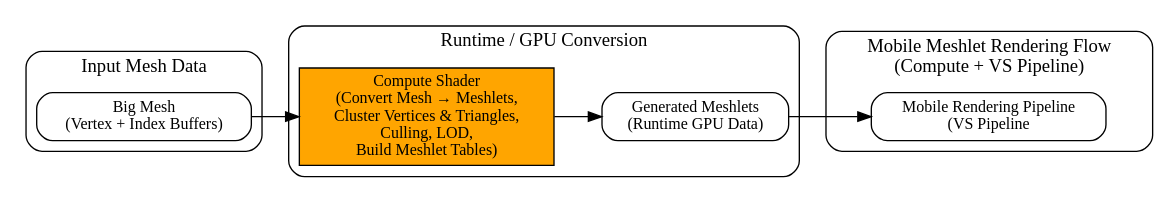
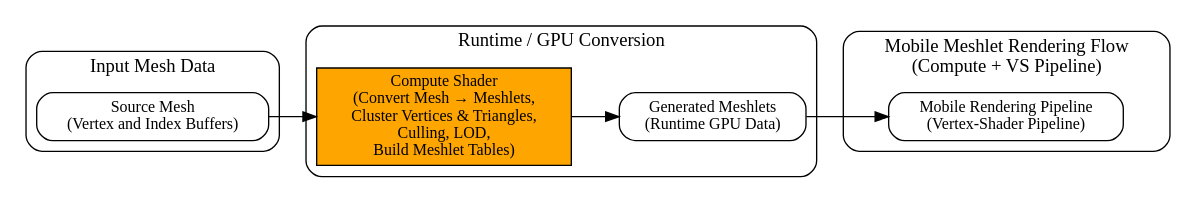
One commit to Jonathan2251/gpu changed the diagram in Fig/opengl/mobile-mesh-to-meshlets-to-render.gv. Above: the diagram before and after it, drawn with Graphviz. The commit also changed 31 other files, not shown here.

```diff
--- a/Fig/opengl/mobile-mesh-to-meshlets-to-render.gv
+++ b/Fig/opengl/mobile-mesh-to-meshlets-to-render.gv
@@ -1,32 +1,32 @@
 digraph Meshlet_Convert_To_Render_Mobile {
     rankdir=LR;
     node [shape=box, style=rounded, fontsize=12];
 
     subgraph cluster_input {
         label="Input Mesh Data";
         style=rounded;
 
-        BigMesh [label="Big Mesh\n(Vertex + Index Buffers)"];
+        BigMesh [label="Source Mesh\n(Vertex and Index Buffers)"];
     }
 
     subgraph cluster_runtime {
         label="Runtime / GPU Conversion";
         style=rounded;
 
         CS_Convert [label="Compute Shader\n(Convert Mesh → Meshlets,\nCluster Vertices & Triangles,\nCulling, LOD,\nBuild Meshlet Tables)",
                     style=filled, fillcolor=orange];
 
         Meshlets [label="Generated Meshlets\n(Runtime GPU Data)"];
     }
 
     subgraph cluster_render {
         label="Mobile Meshlet Rendering Flow\n(Compute + VS Pipeline)";
         style=rounded;
 
-        VS [label="Mobile Rendering Pipeline\n(VS Pipeline"];
+        VS [label="Mobile Rendering Pipeline\n(Vertex-Shader Pipeline)"];
     }
 
     BigMesh -> CS_Convert;
     CS_Convert -> Meshlets;
     Meshlets -> VS;
 }
```
